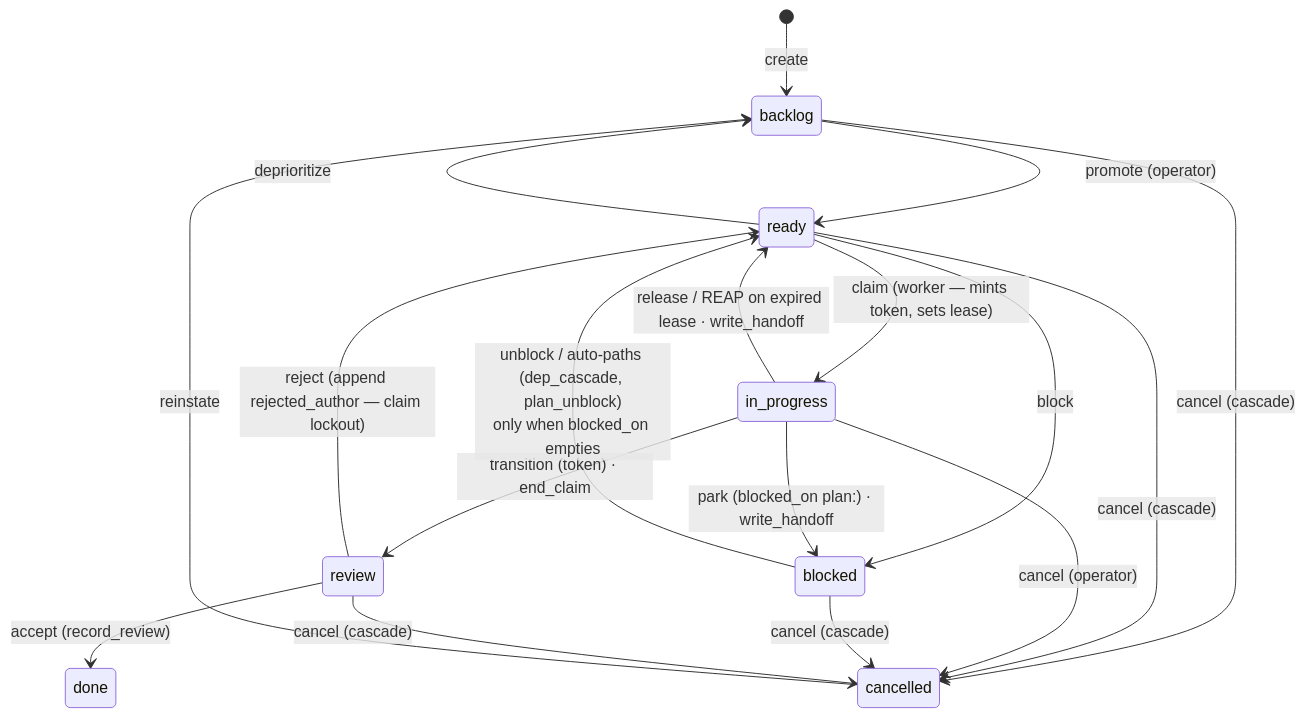
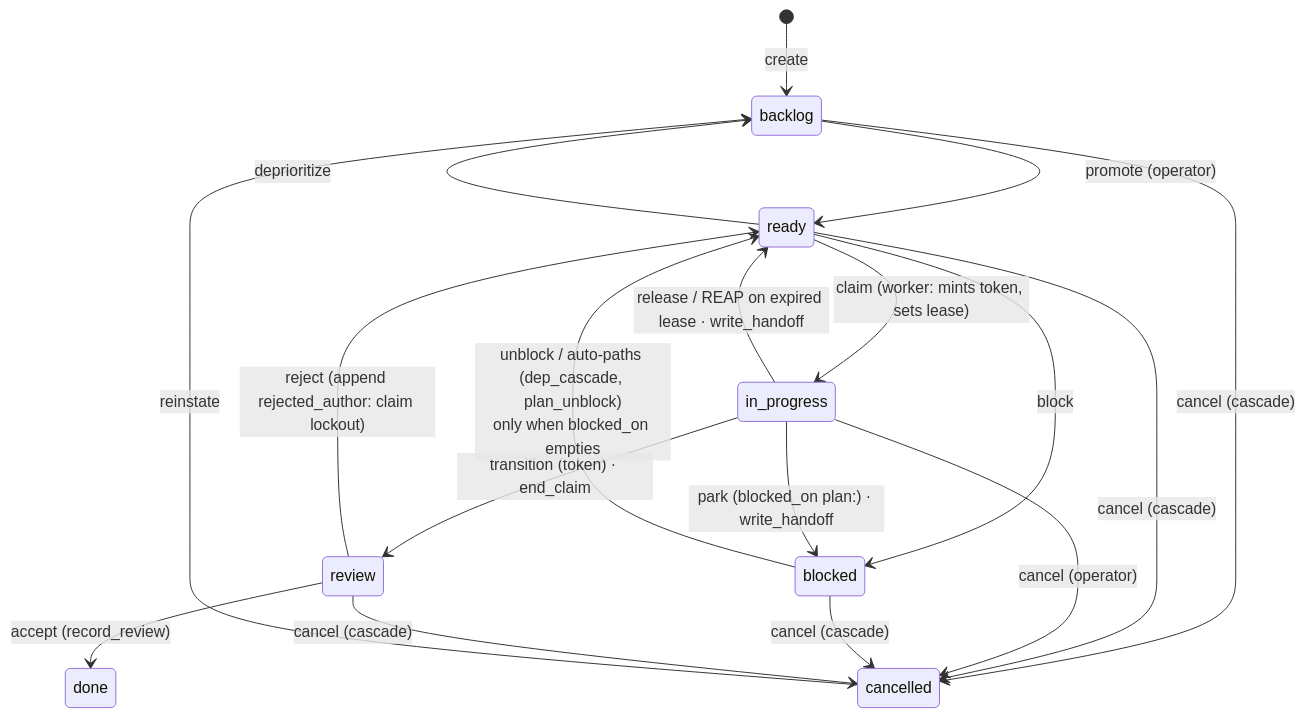
Before and after one commit to shaunlmason/open-seed: the second of 4 diagrams in docs/architecture.md, drawn with Mermaid. The commit also changed other lines of this file and 128 other files, not shown here.

````diff
--- a/docs/architecture.md
+++ b/docs/architecture.md
@@ -127,20 +127,20 @@
 ```mermaid
 stateDiagram-v2
     [*] --> backlog : create
     backlog --> ready : promote (operator)
     backlog --> cancelled : cancel (cascade)
-    ready --> in_progress : claim (worker — mints token, sets lease)
+    ready --> in_progress : claim (worker: mints token, sets lease)
     ready --> backlog : deprioritize
     ready --> blocked : block
     ready --> cancelled : cancel (cascade)
     in_progress --> review : transition (token) · end_claim
     in_progress --> ready : release / REAP on expired lease · write_handoff
     in_progress --> blocked : park (blocked_on plan:<pr>) · write_handoff
     in_progress --> cancelled : cancel (operator)
     blocked --> ready : unblock / auto-paths (dep_cascade, plan_unblock)<br/>only when blocked_on empties
     blocked --> cancelled : cancel (cascade)
     review --> done : accept (record_review)
-    review --> ready : reject (append rejected_author — claim lockout)
+    review --> ready : reject (append rejected_author: claim lockout)
     review --> cancelled : cancel (cascade)
     cancelled --> backlog : reinstate
 ```
````
